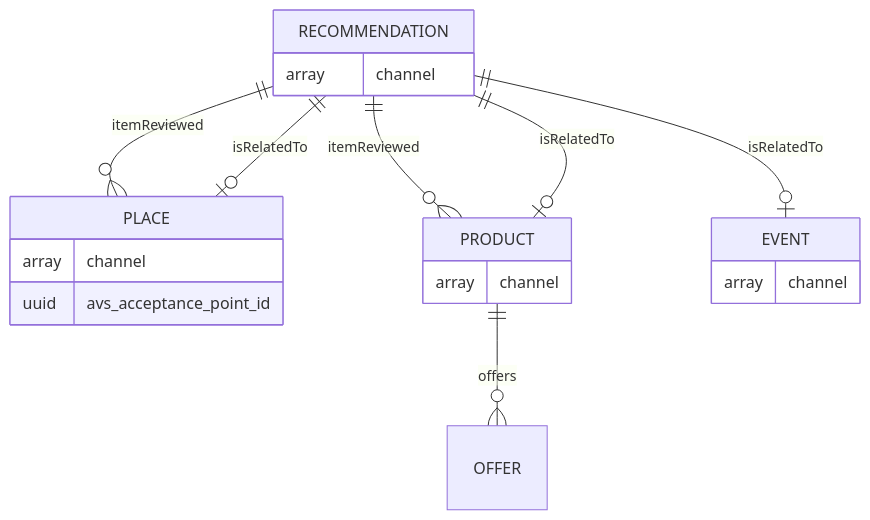
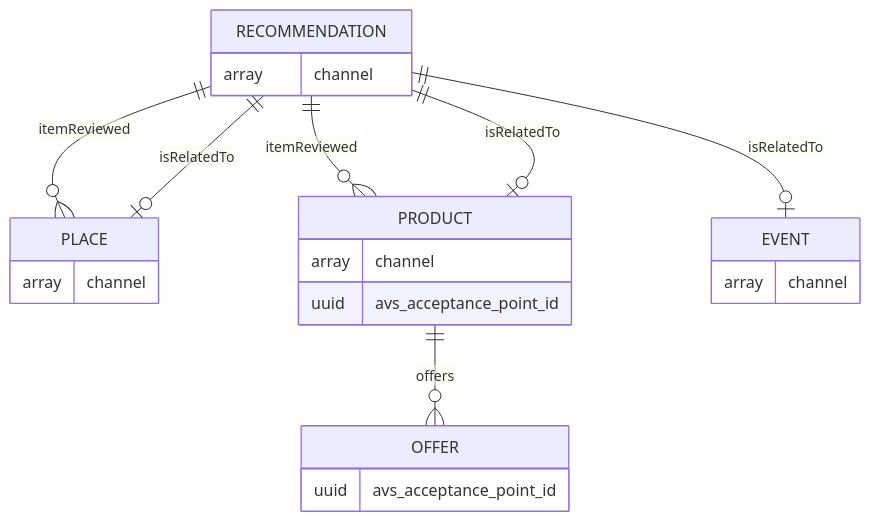
Before and after one commit to tsolenthaler/docs.contentdesk.io: the third of 3 diagrams in docs/dev/projects/glarnerlandApp.md, drawn with Mermaid. The commit also changed other lines of this file, not shown here.

Commit message:
Refactor schema and add UUIDs to PRODUCT and OFFER

````diff
--- a/docs/dev/projects/glarnerlandApp.md
+++ b/docs/dev/projects/glarnerlandApp.md
@@ -38,27 +38,31 @@
 ``` mermaid
 erDiagram
     RECOMMENDATION ||--o{ PLACE : itemReviewed
     RECOMMENDATION{
         array channel
     }
     RECOMMENDATION ||--o{ PRODUCT : itemReviewed
     
     RECOMMENDATION ||--o| PRODUCT : isRelatedTo
     RECOMMENDATION ||--o| EVENT : isRelatedTo
     RECOMMENDATION ||--o| PLACE : isRelatedTo
 
     PRODUCT{
         array channel
+        uuid avs_acceptance_point_id
     }
 
     PRODUCT ||--o{ OFFER : offers
 
+    OFFER{
+        uuid avs_acceptance_point_id
+    }
+
     PLACE{
         array channel
-        uuid avs_acceptance_point_id
     }
 
     EVENT{
         array channel
     }
 ```
````
